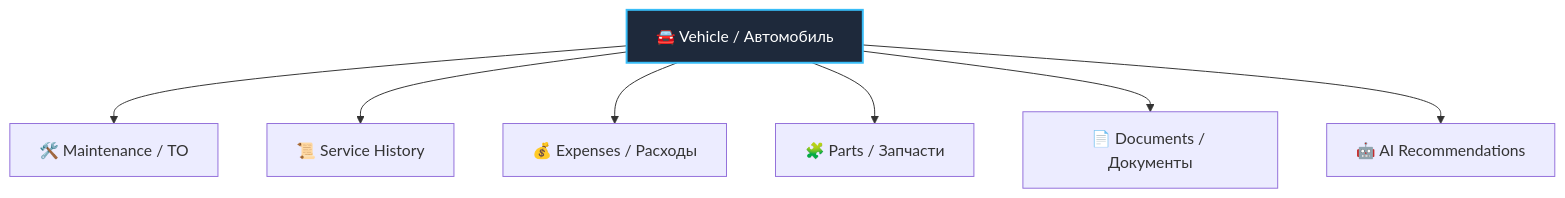
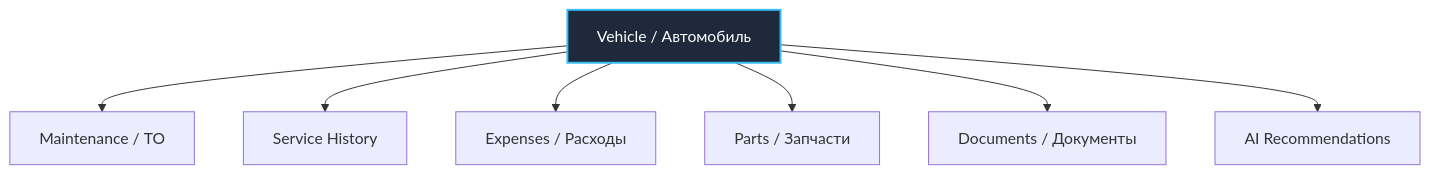
The first of 6 diagrams in docs/ru/requirements/business-requirements.md (Yn1ro/pocket-garage), drawn with Mermaid before and after one commit. The commit also changed other lines of this file, not shown here.

````diff
--- a/docs/ru/requirements/business-requirements.md
+++ b/docs/ru/requirements/business-requirements.md
@@ -37,14 +37,14 @@
 ```mermaid
 graph TD
-    Vehicle[🚘 Vehicle / Автомобиль]
+    Vehicle[ Vehicle / Автомобиль]
     
-    Vehicle --> Maint[🛠️ Maintenance / ТО]
-    Vehicle --> Hist[📜 Service History]
-    Vehicle --> Exp[💰 Expenses / Расходы]
-    Vehicle --> Parts[🧩 Parts / Запчасти]
-    Vehicle --> Docs[📄 Documents / Документы]
-    Vehicle --> Recs[🤖 AI Recommendations]
+    Vehicle --> Maint[ Maintenance / ТО]
+    Vehicle --> Hist[ Service History]
+    Vehicle --> Exp[ Expenses / Расходы]
+    Vehicle --> Parts[ Parts / Запчасти]
+    Vehicle --> Docs[ Documents / Документы]
+    Vehicle --> Recs[ AI Recommendations]
 
     style Vehicle fill:#1e293b,stroke:#38bdf8,stroke-width:2px,color:#fff
 
 ```
````
